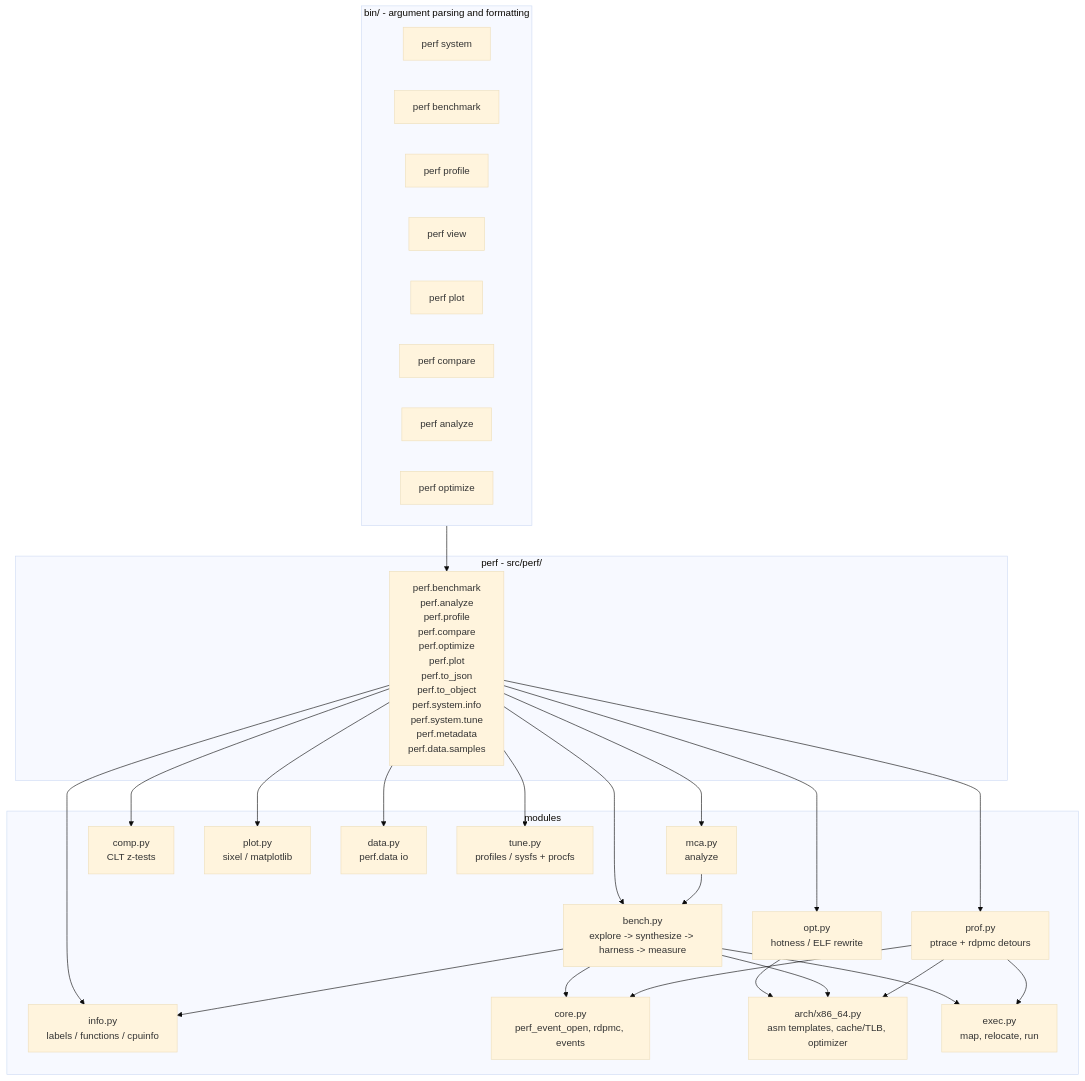
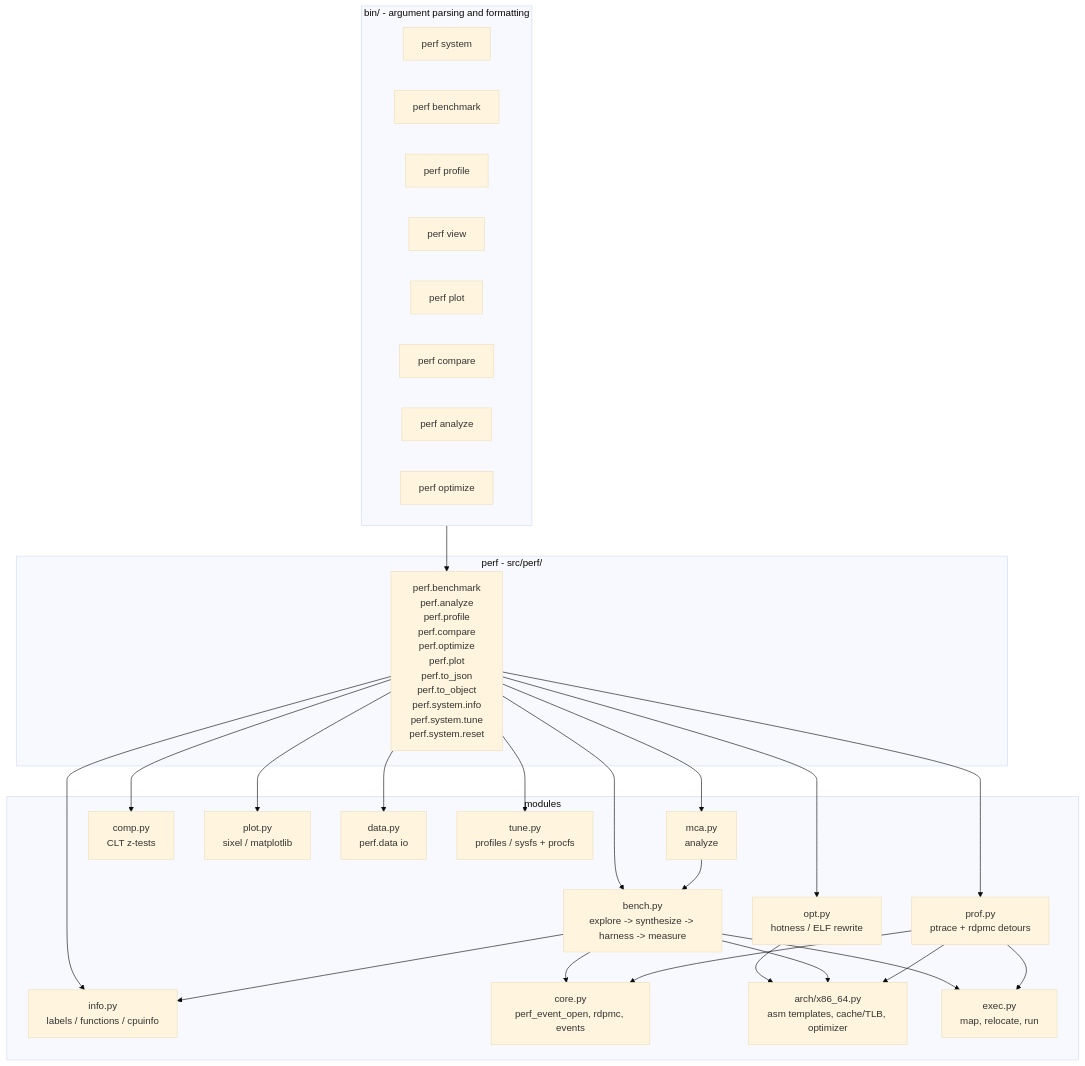
The first of 2 diagrams in src/README.md (perf-labs/perf), drawn with Mermaid (base theme) before and after one commit. The commit also changed other lines of this file and 36 other files, not shown here.

````diff
--- a/src/README.md
+++ b/src/README.md
@@ -7,49 +7,49 @@
 ```mermaid
 flowchart TD
     subgraph cli["bin/ - argument parsing and formatting"]
         info[perf system]
         bench[perf benchmark]
         prof[perf profile]
         view[perf view]
         plot[perf plot]
         comp[perf compare]
         analyze[perf analyze]
         optimize[perf optimize]
     end
     subgraph lib["perf - src/perf/"]
-        api["perf.benchmark<br/>perf.analyze<br/>perf.profile<br/>perf.compare<br/>perf.optimize<br/>perf.plot<br/>perf.to_json<br/>perf.to_object<br/>perf.system.info<br/>perf.system.tune<br/>perf.metadata<br/>perf.data.samples"]
+        api["perf.benchmark<br/>perf.analyze<br/>perf.profile<br/>perf.compare<br/>perf.optimize<br/>perf.plot<br/>perf.to_json<br/>perf.to_object<br/>perf.system.info<br/>perf.system.tune<br/>perf.system.reset"]
     end
     subgraph core["modules"]
         bench_m["bench.py<br/>explore -> synthesize -> harness -> measure"]
         mca_m["mca.py<br/>analyze"]
         opt_m["opt.py<br/>hotness / ELF rewrite"]
         prof_m["prof.py<br/>ptrace + rdpmc detours"]
         comp_m["comp.py<br/>CLT z-tests"]
         plot_m["plot.py<br/>sixel / matplotlib"]
         data_m["data.py<br/>perf.data io"]
         info_m["info.py<br/>labels / functions / cpuinfo"]
         tune_m["tune.py<br/>profiles / sysfs + procfs"]
         core_m["core.py<br/>perf_event_open, rdpmc, events"]
         arch_m["arch/x86_64.py<br/>asm templates, cache/TLB, optimizer"]
         elf_m["exec.py<br/>map, relocate, run"]
     end
     cli --> api
     api --> bench_m
     api --> mca_m
     api --> opt_m
     api --> prof_m
     api --> comp_m
     api --> plot_m
     api --> data_m
     api --> info_m
     api --> tune_m
     opt_m --> arch_m
     bench_m --> core_m
     bench_m --> arch_m
     bench_m --> elf_m
     bench_m --> info_m
     mca_m --> bench_m
     prof_m --> core_m
     prof_m --> arch_m
     prof_m --> elf_m
 ```
````
